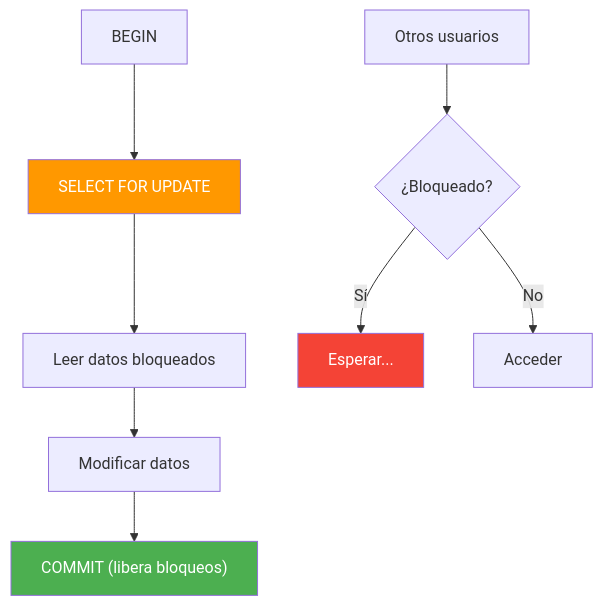
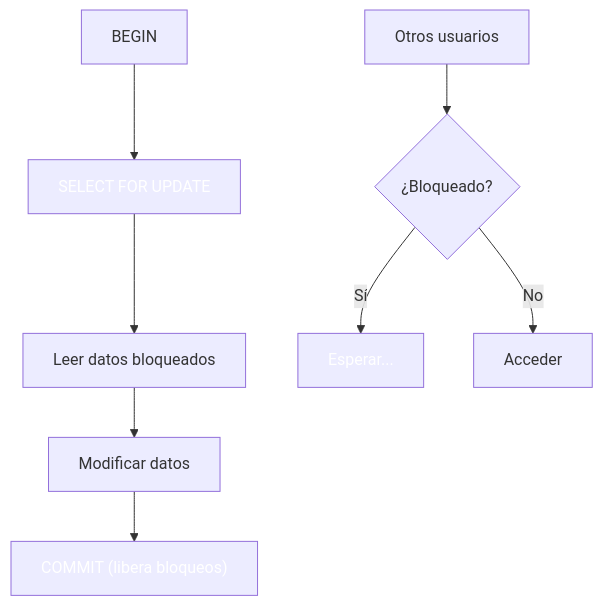
The fifth of 8 diagrams in 15-transacciones-identificadores.md (joseluisgs/DesarrolloWebEntornosServidor-02-2026-2027), drawn with Mermaid before and after one commit. The commit also changed other lines of this file and 41 other files, not shown here.

````diff
--- a/15-transacciones-identificadores.md
+++ b/15-transacciones-identificadores.md
@@ -209,13 +209,13 @@
 ```mermaid
 flowchart TD
     A["BEGIN"] --> B["SELECT FOR UPDATE"]
     B --> C["Leer datos bloqueados"]
     C --> D["Modificar datos"]
     D --> E["COMMIT (libera bloqueos)"]
     H["Otros usuarios"] --> I{"¿Bloqueado?"}
     I -->|Sí| J["Esperar..."]
     I -->|No| K["Acceder"]
-    style B fill:#FF9800,color:#fff
-    style E fill:#4CAF50,color:#fff
-    style J fill:#F44336,color:#fff
+    style B fill:#FF980,color:#fff0,color:#fff
+    style E fill:#4CAF5,color:#fff0,color:#fff
+    style J fill:#F4433,color:#fff6,color:#fff
 ```
````
